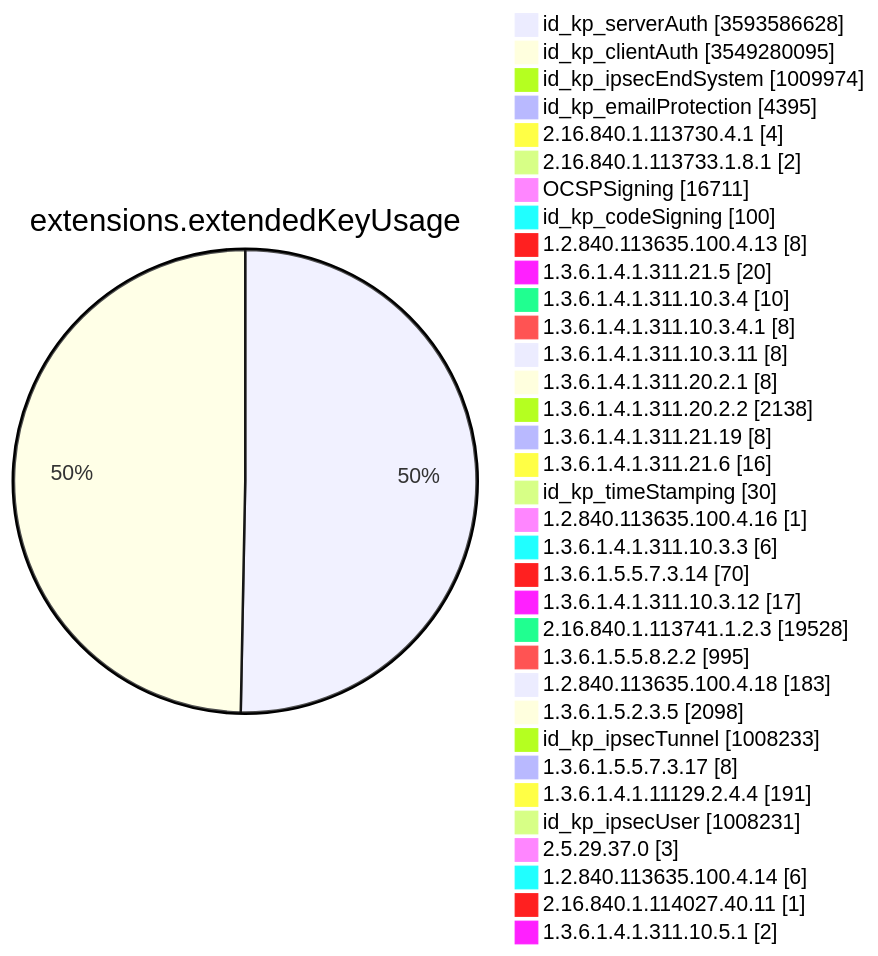
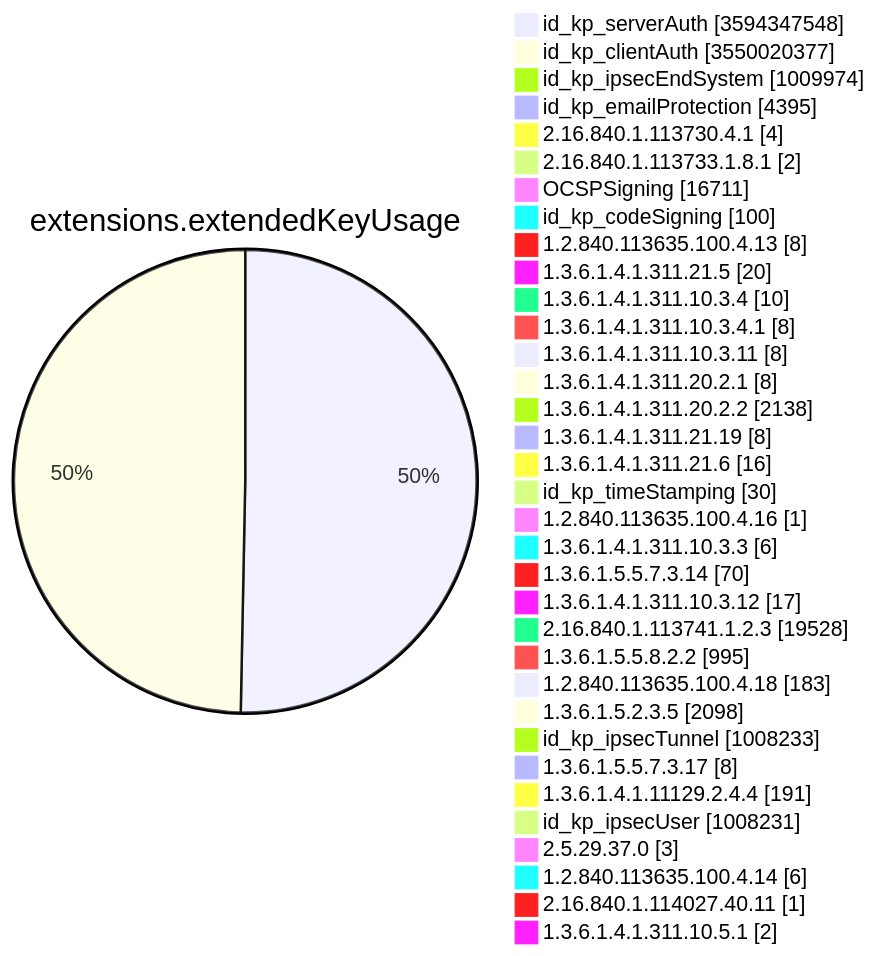
Diagram 11 of 15 in TOTAL/README.md (christiankrug/ctmonitor_visualization), drawn with Mermaid before and after one commit. The commit also changed other lines of this file, not shown here.

````diff
--- a/TOTAL/README.md
+++ b/TOTAL/README.md
@@ -4128,38 +4129,38 @@
 ```mermaid
 pie showData
 title extensions.extendedKeyUsage
-"id_kp_serverAuth" :3593586628
-"id_kp_clientAuth" :3549280095
+"id_kp_serverAuth" :3594347548
+"id_kp_clientAuth" :3550020377
 "id_kp_ipsecEndSystem" :1009974
 "id_kp_emailProtection" :4395
 "2.16.840.1.113730.4.1" :4
 "2.16.840.1.113733.1.8.1" :2
 "OCSPSigning" :16711
 "id_kp_codeSigning" :100
 "1.2.840.113635.100.4.13" :8
 "1.3.6.1.4.1.311.21.5" :20
 "1.3.6.1.4.1.311.10.3.4" :10
 "1.3.6.1.4.1.311.10.3.4.1" :8
 "1.3.6.1.4.1.311.10.3.11" :8
 "1.3.6.1.4.1.311.20.2.1" :8
 "1.3.6.1.4.1.311.20.2.2" :2138
 "1.3.6.1.4.1.311.21.19" :8
 "1.3.6.1.4.1.311.21.6" :16
 "id_kp_timeStamping" :30
 "1.2.840.113635.100.4.16" :1
 "1.3.6.1.4.1.311.10.3.3" :6
 "1.3.6.1.5.5.7.3.14" :70
 "1.3.6.1.4.1.311.10.3.12" :17
 "2.16.840.1.113741.1.2.3" :19528
 "1.3.6.1.5.5.8.2.2" :995
 "1.2.840.113635.100.4.18" :183
 "1.3.6.1.5.2.3.5" :2098
 "id_kp_ipsecTunnel" :1008233
 "1.3.6.1.5.5.7.3.17" :8
 "1.3.6.1.4.1.11129.2.4.4" :191
 "id_kp_ipsecUser" :1008231
 "2.5.29.37.0" :3
 "1.2.840.113635.100.4.14" :6
 "2.16.840.1.114027.40.11" :1
 "1.3.6.1.4.1.311.10.5.1" :2
 ```
````
